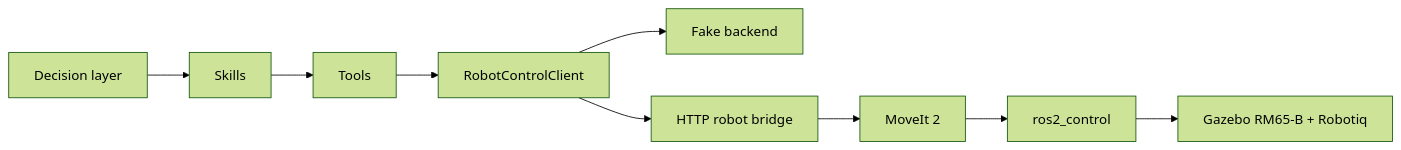
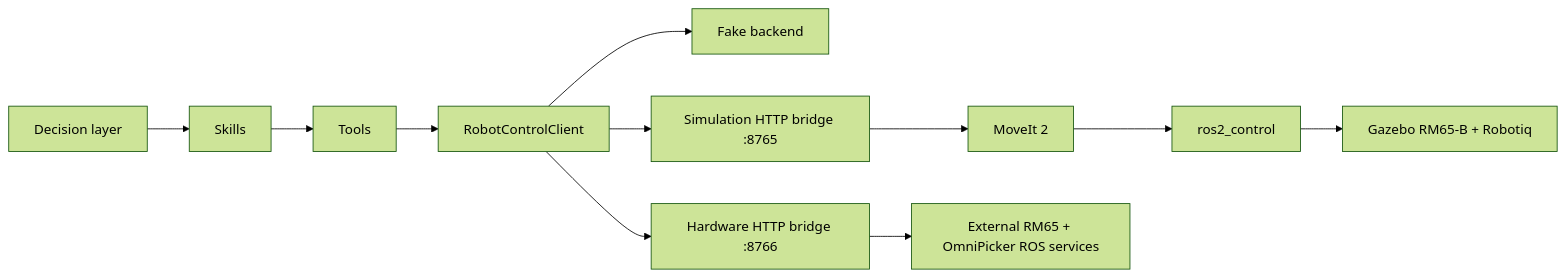
Before and after one commit to Yiannnn-202/SensorAgent: the fourth of 4 diagrams in architecture.md, drawn with Mermaid (forest theme). The commit also changed other lines of this file and 18 other files, not shown here.

````diff
--- a/architecture.md
+++ b/architecture.md
@@ -204,11 +221,13 @@
 ```mermaid
 flowchart LR
   decision["Decision layer"] --> skills["Skills"]
   skills --> tools["Tools"]
   tools --> client["RobotControlClient"]
   client --> fake["Fake backend"]
-  client --> http["HTTP robot bridge"]
-  http --> moveit["MoveIt 2"]
+  client --> sim_http["Simulation HTTP bridge :8765"]
+  sim_http --> moveit["MoveIt 2"]
   moveit --> rosctrl["ros2_control"]
   rosctrl --> gazebo["Gazebo RM65-B + Robotiq"]
+  client --> hw_http["Hardware HTTP bridge :8766"]
+  hw_http --> vendor["External RM65 + OmniPicker ROS services"]
 ```
````
